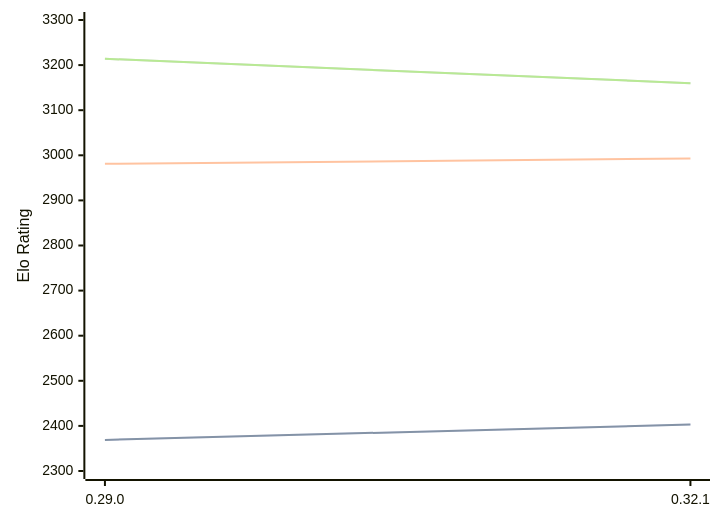
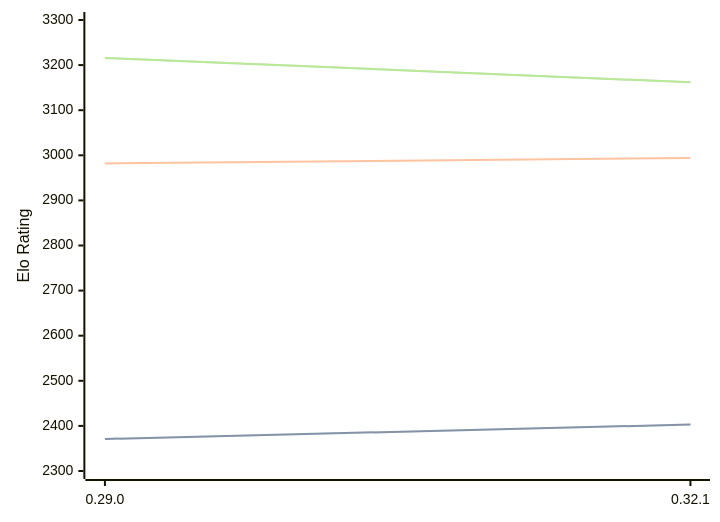
The first of 3 diagrams in engines/Lc0.md (computer-chess-index/cci), drawn with Mermaid before and after one commit. The commit also changed other lines of this file, not shown here.

Commit message:
Update CCI Ratings (ELO VLTC) - 2026-06-23

````diff
--- a/engines/Lc0.md
+++ b/engines/Lc0.md
@@ -68,11 +68,11 @@
 ```mermaid
 %%{init: {"theme":"base","themeVariables":{"seriesColors:['#a3a3a3','#222221','#faa371']}}}%%
 xychart-beta
   x-axis ["0.29.0", "0.32.1"]
   y-axis "Elo Rating" 2300 --> 3300
-  line "STC (8.0+0.08s)" [2369, 2403]
-  line "STC (8.0+0.08s)" [2369, 2403]
-  line "LTC (60.0+0.60s)" [2981, 2993]
-  line "VLTC (2m24s+1.12s)" [3214, 3160]
-  line "VLTC (2m24s+1.12s)" [3214, 3160]
+  line "STC (8.0+0.08s)" [2371, 2403]
+  line "STC (8.0+0.08s)" [2371, 2403]
+  line "LTC (60.0+0.60s)" [2982, 2994]
+  line "VLTC (2m24s+1.12s)" [3216, 3162]
+  line "VLTC (2m24s+1.12s)" [3216, 3162]
 ```
````
